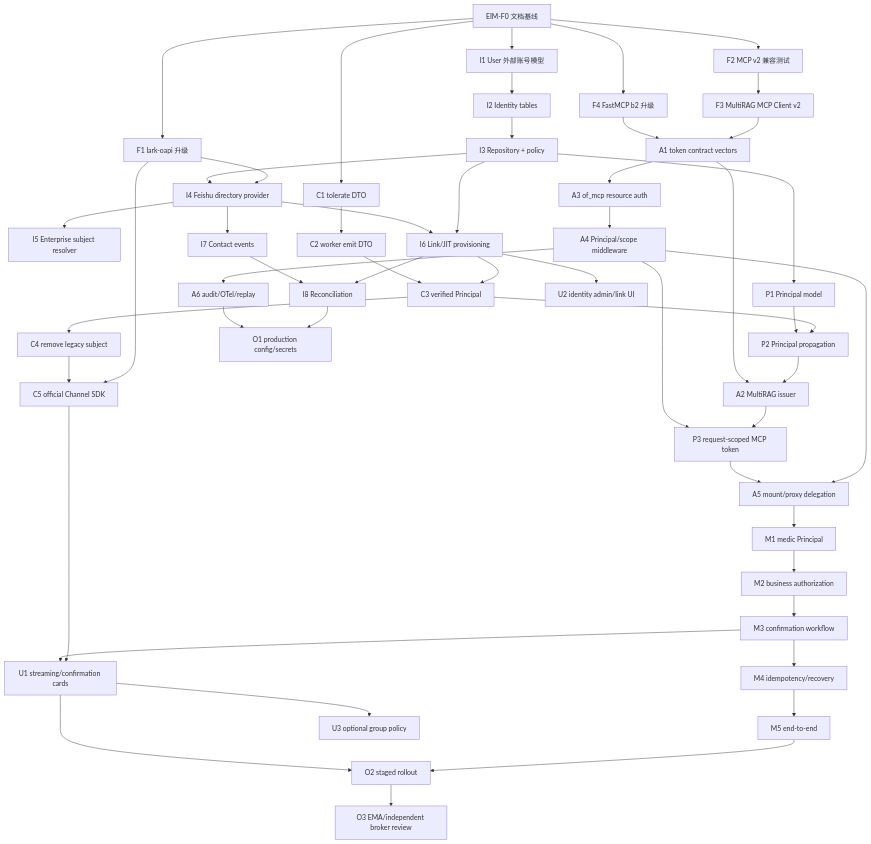
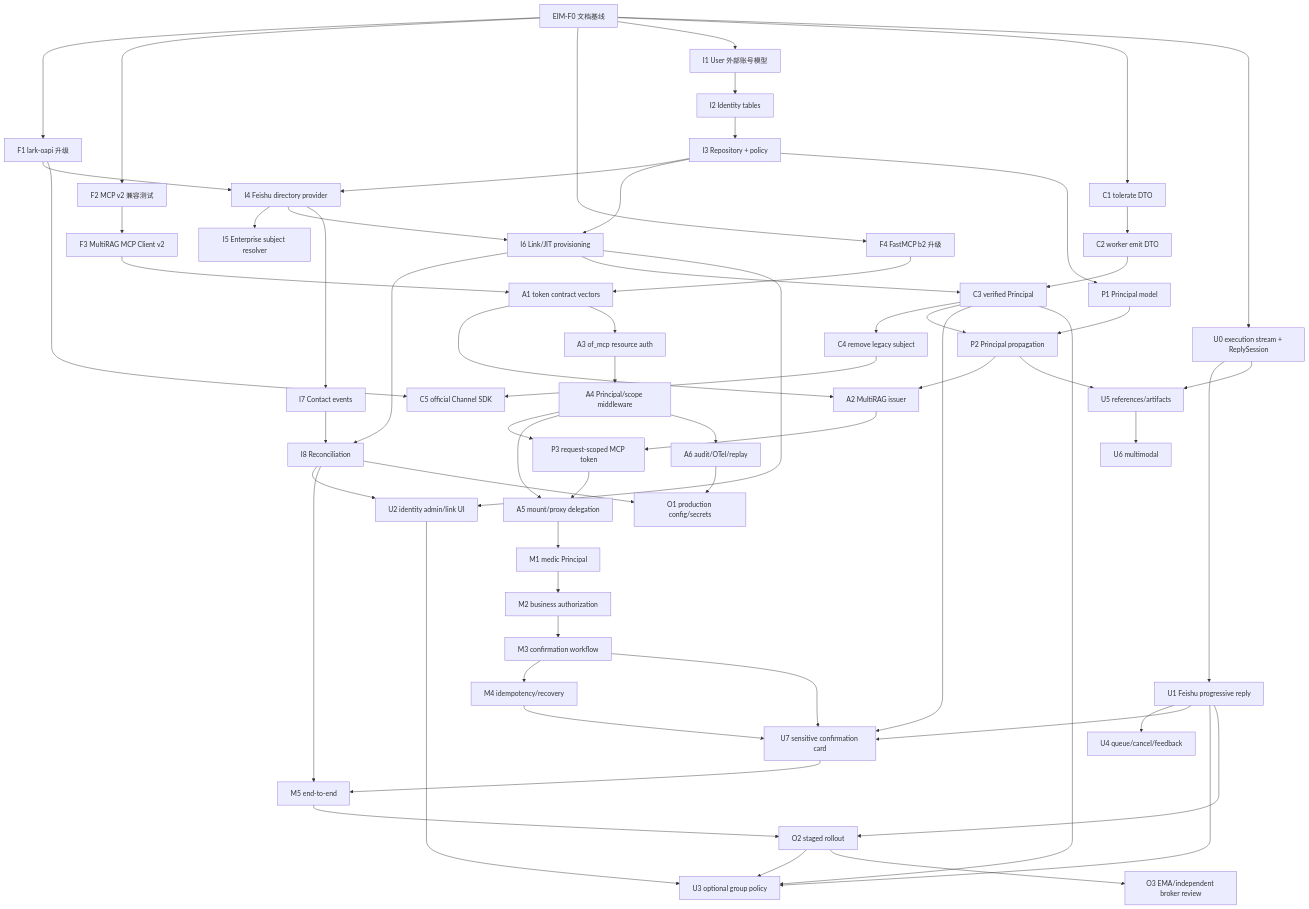
Before and after one commit to yuehong136/MultiRAG: the diagram in docs/enterprise-identity-mcp/ROADMAP.md, drawn with Mermaid. The commit also changed other lines of this file and 13 other files, not shown here.

````diff
--- a/docs/enterprise-identity-mcp/ROADMAP.md
+++ b/docs/enterprise-identity-mcp/ROADMAP.md
@@ -56,60 +56,73 @@
 ```mermaid
 flowchart TD
     F0["EIM-F0 文档基线"] --> F1["F1 lark-oapi 升级"]
     F0 --> F2["F2 MCP v2 兼容测试"]
     F0 --> F4["F4 FastMCP b2 升级"]
     F2 --> F3["F3 MultiRAG MCP Client v2"]
 
     F0 --> I1["I1 User 外部账号模型"]
     I1 --> I2["I2 Identity tables"]
     I2 --> I3["I3 Repository + policy"]
     F1 --> I4["I4 Feishu directory provider"]
     I3 --> I4
     I4 --> I5["I5 Enterprise subject resolver"]
     I3 --> I6["I6 Link/JIT provisioning"]
     I4 --> I6
     I4 --> I7["I7 Contact events"]
     I6 --> I8["I8 Reconciliation"]
     I7 --> I8
 
     F0 --> C1["C1 tolerate DTO"]
     C1 --> C2["C2 worker emit DTO"]
     I6 --> C3["C3 verified Principal"]
     C2 --> C3
     C3 --> C4["C4 remove legacy subject"]
     F1 --> C5["C5 official Channel SDK"]
     C4 --> C5
 
+    F0 --> U0["U0 execution stream + ReplySession"]
+    U0 --> U1["U1 Feishu progressive reply"]
+    U1 --> U4["U4 queue/cancel/feedback"]
+
     I3 --> P1["P1 Principal model"]
     C3 --> P2["P2 Principal propagation"]
     P1 --> P2
 
     F3 --> A1["A1 token contract vectors"]
     F4 --> A1
     P2 --> A2["A2 MultiRAG issuer"]
     A1 --> A2
     A1 --> A3["A3 of_mcp resource auth"]
     A3 --> A4["A4 Principal/scope middleware"]
     A2 --> P3["P3 request-scoped MCP token"]
     A4 --> P3
     A4 --> A5["A5 mount/proxy delegation"]
     P3 --> A5
     A4 --> A6["A6 audit/OTel/replay"]
 
     A5 --> M1["M1 medic Principal"]
     M1 --> M2["M2 business authorization"]
     M2 --> M3["M3 confirmation workflow"]
     M3 --> M4["M4 idempotency/recovery"]
-    M4 --> M5["M5 end-to-end"]
-
-    C5 --> U1["U1 streaming/confirmation cards"]
-    M3 --> U1
     I6 --> U2["U2 identity admin/link UI"]
+    I8 --> U2
+    P2 --> U5["U5 references/artifacts"]
+    U0 --> U5
+    U5 --> U6["U6 multimodal"]
+    C3 --> U7["U7 sensitive confirmation card"]
+    M3 --> U7
+    M4 --> U7
+    U1 --> U7
+    U7 --> M5["M5 end-to-end"]
+    I8 --> M5
     U1 --> U3["U3 optional group policy"]
+    U2 --> U3
+    C3 --> U3
 
     I8 --> O1["O1 production config/secrets"]
     A6 --> O1
     M5 --> O2["O2 staged rollout"]
     U1 --> O2
+    O2 --> U3
     O2 --> O3["O3 EMA/independent broker review"]
 ```
````
